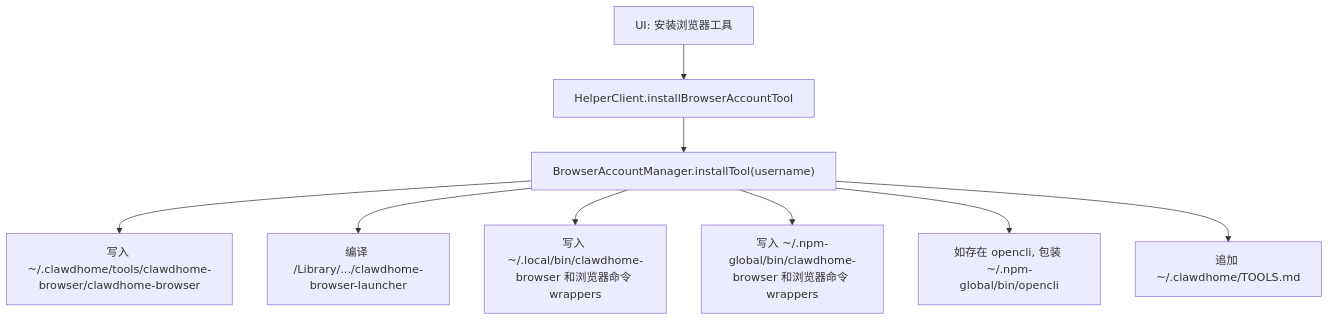
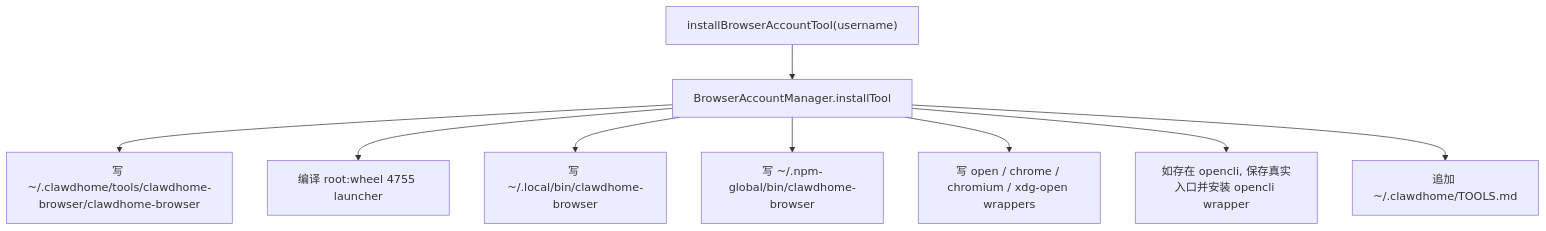
One commit to ThinkInAIXYZ/clawdhome changed the second of 3 diagrams in docs/browser-account-technical-spec.md. Above: the diagram before and after it, drawn with Mermaid. The commit also changed other lines of this file and 2 other files, not shown here.

Commit message:
feat(browser): surface chrome install guidance

````diff
--- a/docs/browser-account-technical-spec.md
+++ b/docs/browser-account-technical-spec.md
@@ -69,11 +113,11 @@
 ```mermaid
 flowchart TD
-    A["UI: 安装浏览器工具"] --> B["HelperClient.installBrowserAccountTool"]
-    B --> C["BrowserAccountManager.installTool(username)"]
-    C --> D["写入 ~/.clawdhome/tools/clawdhome-browser/clawdhome-browser"]
-    C --> E["编译 /Library/.../clawdhome-browser-launcher"]
-    C --> F["写入 ~/.local/bin/clawdhome-browser 和浏览器命令 wrappers"]
-    C --> G["写入 ~/.npm-global/bin/clawdhome-browser 和浏览器命令 wrappers"]
-    C --> H["如存在 opencli, 包装 ~/.npm-global/bin/opencli"]
-    C --> I["追加 ~/.clawdhome/TOOLS.md"]
+    A["installBrowserAccountTool(username)"] --> B["BrowserAccountManager.installTool"]
+    B --> C["写 ~/.clawdhome/tools/clawdhome-browser/clawdhome-browser"]
+    B --> D["编译 root:wheel 4755 launcher"]
+    B --> E["写 ~/.local/bin/clawdhome-browser"]
+    B --> F["写 ~/.npm-global/bin/clawdhome-browser"]
+    B --> G["写 open / chrome / chromium / xdg-open wrappers"]
+    B --> H["如存在 opencli, 保存真实入口并安装 opencli wrapper"]
+    B --> I["追加 ~/.clawdhome/TOOLS.md"]
 ```
````
